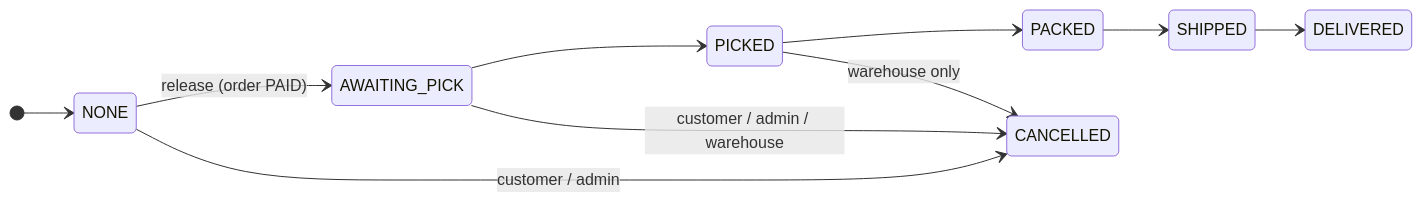
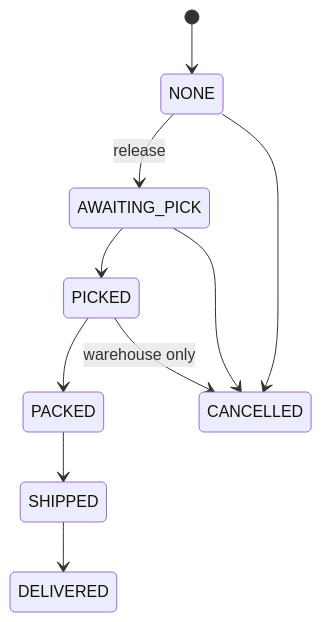
The second of 6 diagrams in docs-site/docs/flows/state-machines.md (slawekradzyminski/awesome-localstack), drawn with Mermaid before and after one commit. The commit also changed other lines of this file and 27 other files, not shown here.

First line of the commit message:
Fix unrendered wiki diagrams and make every diagram readable

````diff
--- a/docs-site/docs/flows/state-machines.md
+++ b/docs-site/docs/flows/state-machines.md
@@ -27,13 +27,12 @@
 ```mermaid
 stateDiagram-v2
-    direction LR
     [*] --> NONE
-    NONE --> AWAITING_PICK: release (order PAID)
+    NONE --> AWAITING_PICK: release
     AWAITING_PICK --> PICKED
     PICKED --> PACKED
     PACKED --> SHIPPED
     SHIPPED --> DELIVERED
-    NONE --> CANCELLED: customer / admin
-    AWAITING_PICK --> CANCELLED: customer / admin / warehouse
+    NONE --> CANCELLED
+    AWAITING_PICK --> CANCELLED
     PICKED --> CANCELLED: warehouse only
 ```
````
